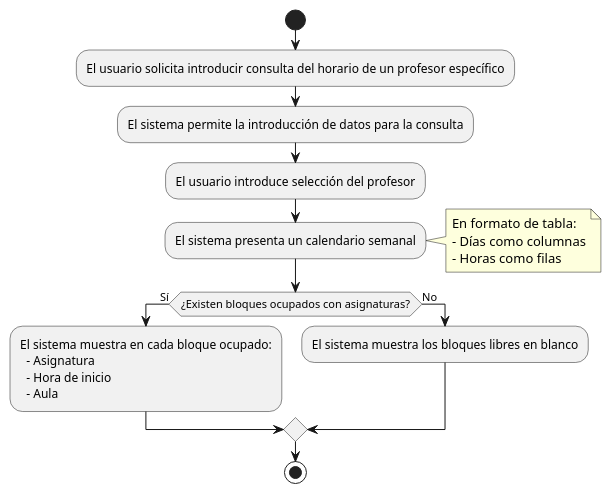
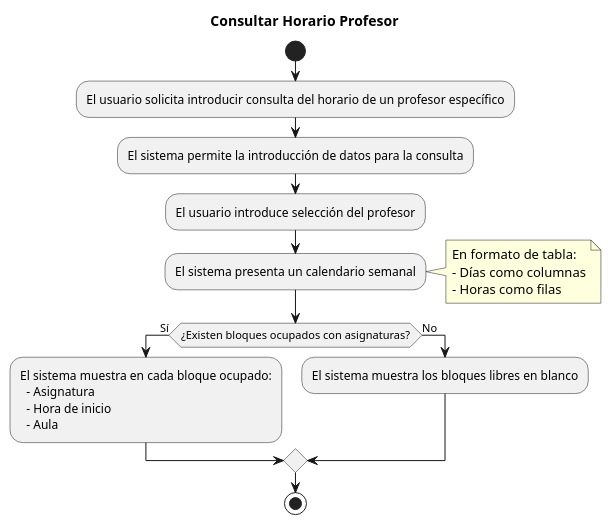
The diagram in casosDeUso/plantUML/ConsultarHorarioProfesor.puml (mmasias/24-25-IdSw1-SDR), drawn with PlantUML before and after one commit. The commit also changed 41 other files, not shown here.

```diff
--- a/casosDeUso/plantUML/ConsultarHorarioProfesor.puml
+++ b/casosDeUso/plantUML/ConsultarHorarioProfesor.puml
@@ -1,21 +1,22 @@
 @startuml
+title Consultar Horario Profesor
 start
 :El usuario solicita introducir consulta del horario de un profesor específico;
 :El sistema permite la introducción de datos para la consulta;
 :El usuario introduce selección del profesor;
 :El sistema presenta un calendario semanal;
 note right
 En formato de tabla:
 - Días como columnas
 - Horas como filas
 end note
 if (¿Existen bloques ocupados con asignaturas?) then (Sí)
   :El sistema muestra en cada bloque ocupado:
     - Asignatura
     - Hora de inicio
     - Aula;
 else (No)
   :El sistema muestra los bloques libres en blanco;
 endif
 stop
 @enduml
```
